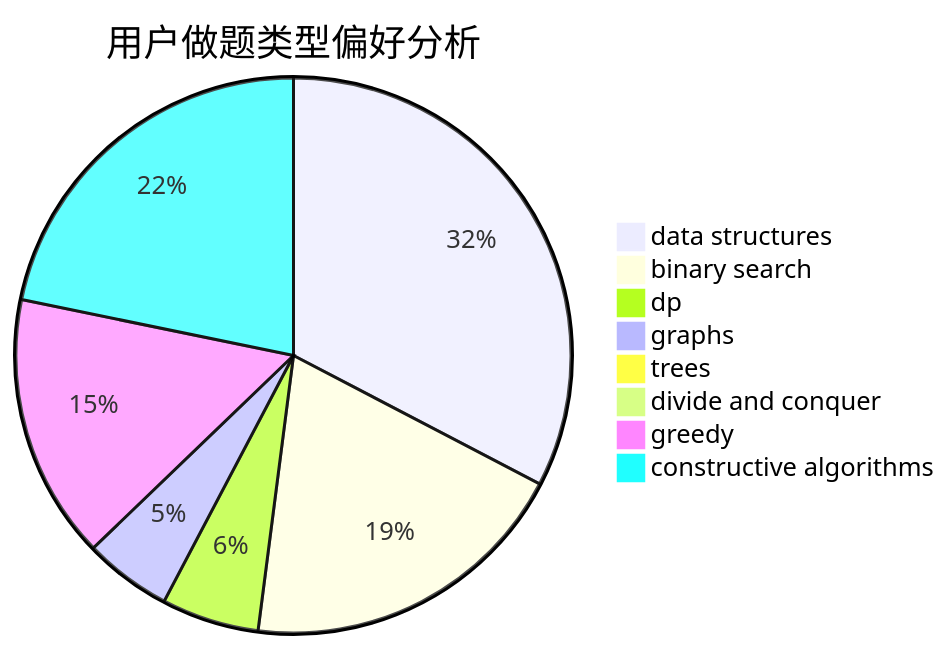
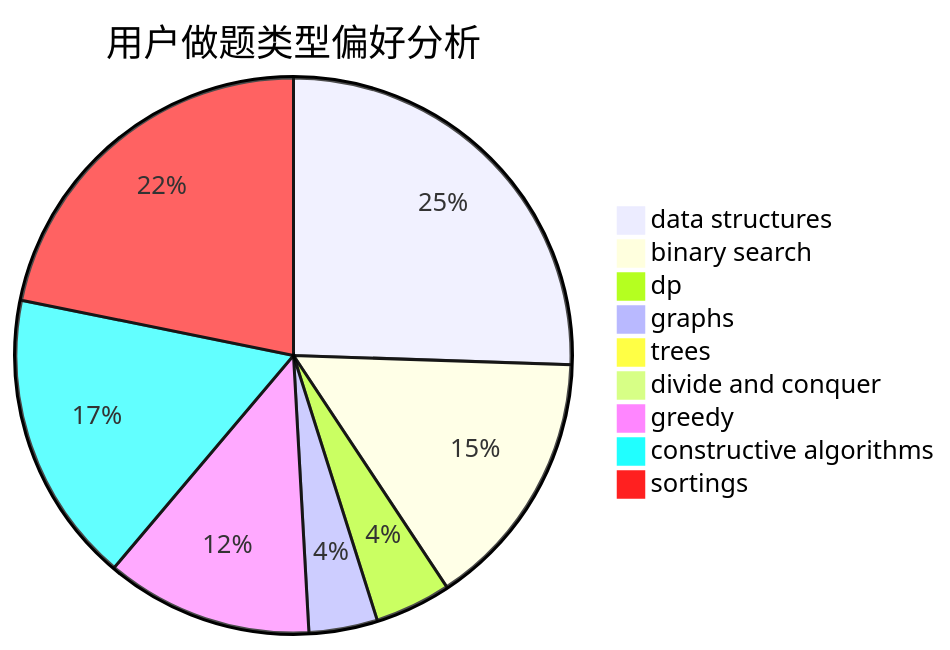
One commit to sherpahu/cfrs.github.io changed the second of 3 diagrams in docs/user/u377.md. Above: the diagram before and after it, drawn with Mermaid. The commit also changed other lines of this file and 2769 other files, not shown here.

````diff
--- a/docs/user/u377.md
+++ b/docs/user/u377.md
@@ -23,11 +18,12 @@
 ```mermaid
 pie title 用户做题类型偏好分析
     "data structures" :  288
     "binary search" :  171
     "dp" :  50
     "graphs" :  45
     "trees" :  8
     "divide and conquer" :  0
     "greedy" :  136
     "constructive algorithms" :  192
+    "sortings" :  246
 ```
````
